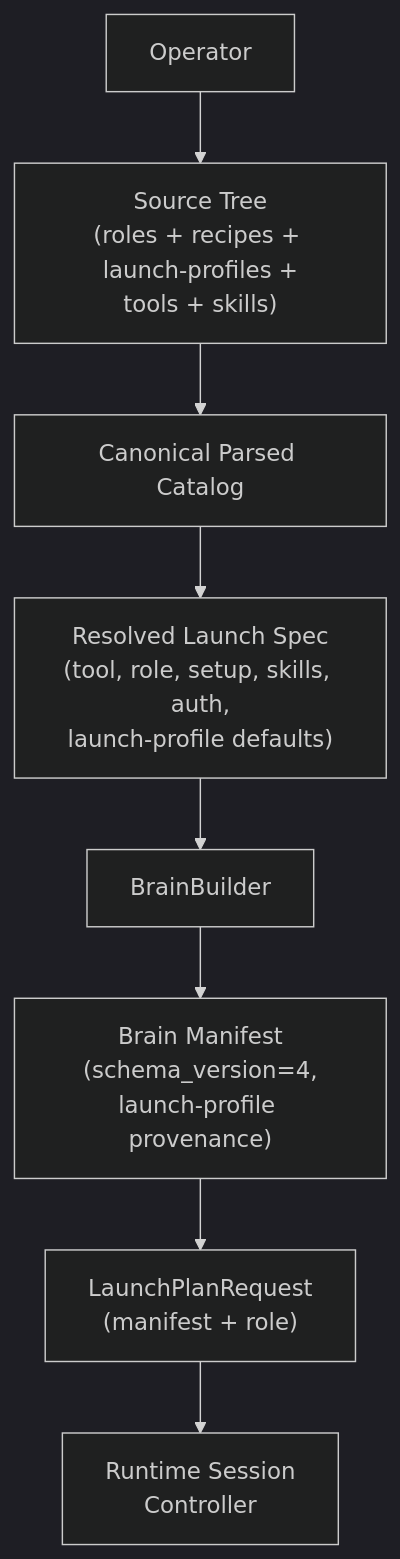
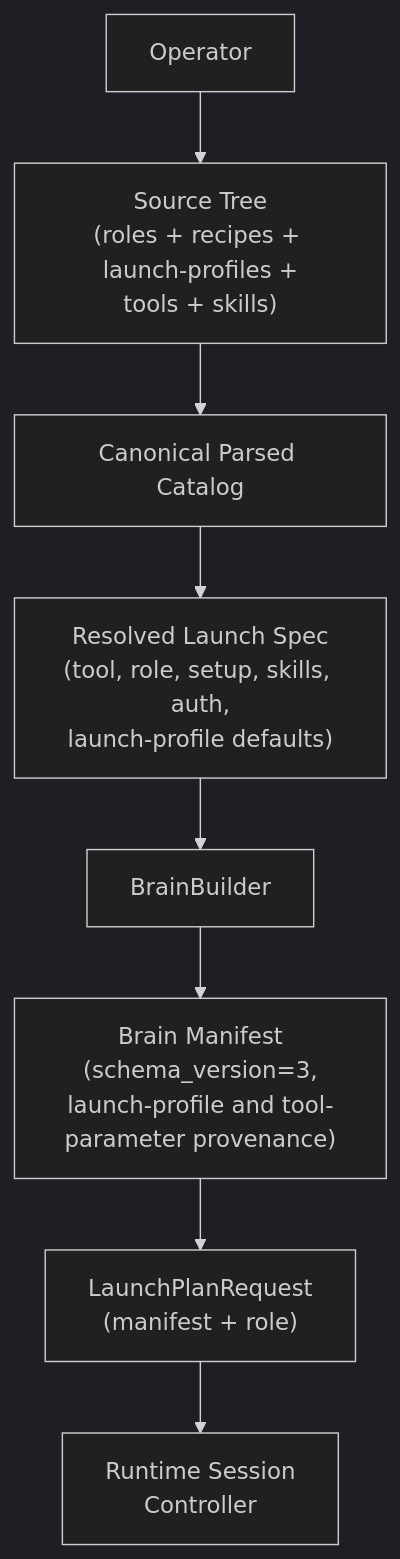
The diagram in docs/getting-started/overview.md (igamenovoer/houmao), drawn with Mermaid (dark theme) before and after one commit. The commit also changed 124 other files, not shown here.

````diff
--- a/docs/getting-started/overview.md
+++ b/docs/getting-started/overview.md
@@ -17,10 +17,10 @@
 ```mermaid
 flowchart TD
     Op["Operator"] --> SRC["Source Tree<br/>(roles + recipes + launch-profiles +<br/>tools + skills)"]
     SRC --> CAT["Canonical Parsed Catalog"]
     CAT --> RLS["Resolved Launch Spec<br/>(tool, role, setup, skills, auth,<br/>launch-profile defaults)"]
     RLS --> BB["BrainBuilder"]
-    BB --> BM["Brain Manifest<br/>(schema_version=4,<br/>launch-profile provenance)"]
+    BB --> BM["Brain Manifest<br/>(schema_version=3,<br/>launch-profile and tool-parameter provenance)"]
     BM --> LP["LaunchPlanRequest<br/>(manifest + role)"]
     LP --> RT["Runtime Session<br/>Controller"]
 ```
````
